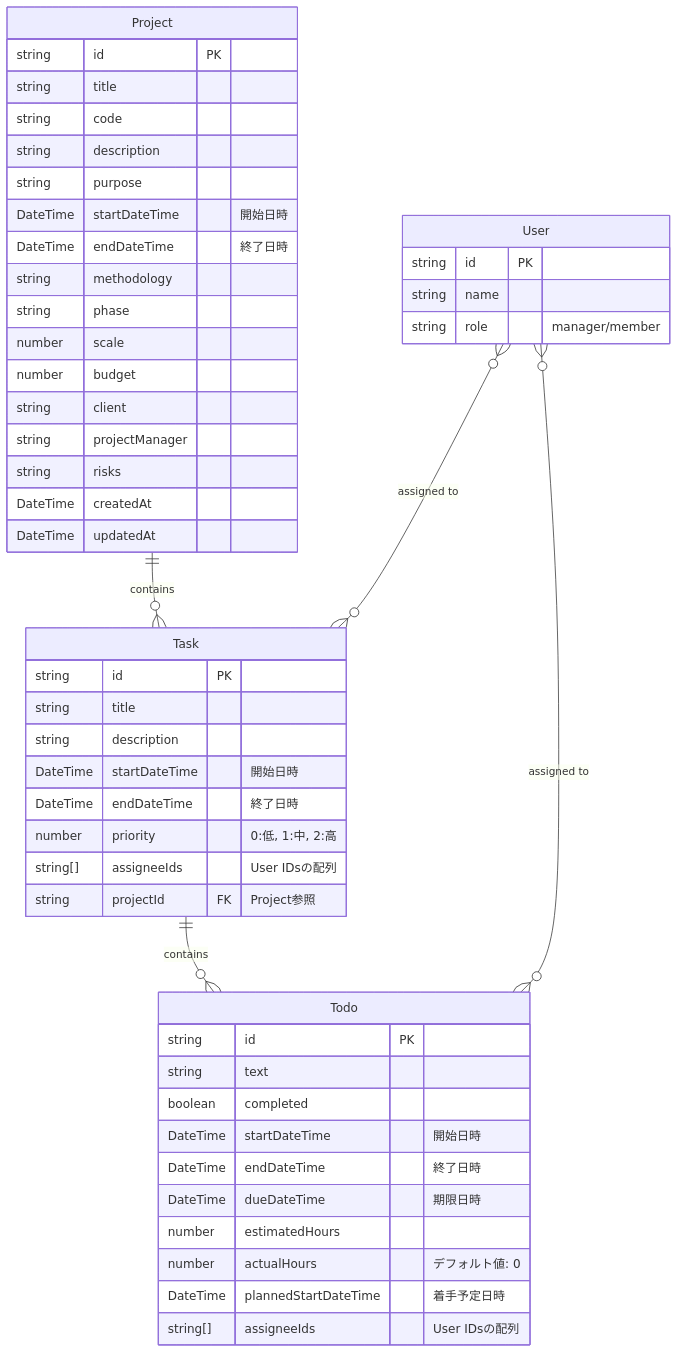
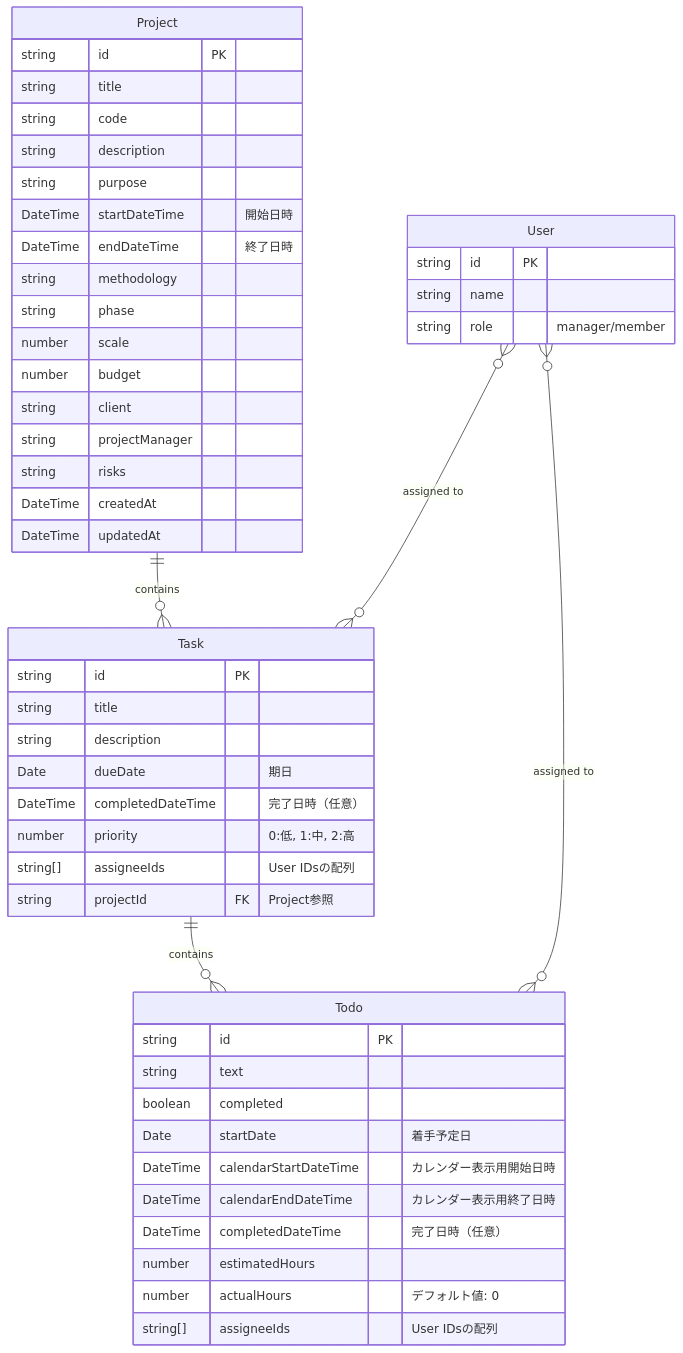
Before and after one commit to whiten-admin/play-ground1: the diagram in docs/improved-data-model.md, drawn with Mermaid. The commit also changed other lines of this file and 11 other files, not shown here.

````diff
--- a/docs/improved-data-model.md
+++ b/docs/improved-data-model.md
@@ -7,56 +7,56 @@
 ```mermaid
 erDiagram
     Project ||--o{ Task : "contains"
     Task ||--o{ Todo : "contains"
     User }o--o{ Task : "assigned to"
     User }o--o{ Todo : "assigned to"
 
     Project {
         string id PK
         string title
         string code
         string description
         string purpose
         DateTime startDateTime "開始日時"
         DateTime endDateTime "終了日時"
         string methodology
         string phase
         number scale
         number budget
         string client
         string projectManager
         string risks
         DateTime createdAt
         DateTime updatedAt
     }
 
     Task {
         string id PK
         string title
         string description
-        DateTime startDateTime "開始日時"
-        DateTime endDateTime "終了日時"
+        Date dueDate "期日"
+        DateTime completedDateTime "完了日時（任意）"
         number priority "0:低, 1:中, 2:高"
         string[] assigneeIds "User IDsの配列"
         string projectId FK "Project参照"
     }
 
     Todo {
         string id PK
         string text
         boolean completed
-        DateTime startDateTime "開始日時"
-        DateTime endDateTime "終了日時"
-        DateTime dueDateTime "期限日時"
+        Date startDate "着手予定日"
+        DateTime calendarStartDateTime "カレンダー表示用開始日時"
+        DateTime calendarEndDateTime "カレンダー表示用終了日時"
+        DateTime completedDateTime "完了日時（任意）"
         number estimatedHours
         number actualHours "デフォルト値: 0"
-        DateTime plannedStartDateTime "着手予定日時"
         string[] assigneeIds "User IDsの配列"
     }
 
     User {
         string id PK
         string name
         string role "manager/member"
     }
 ```
````
